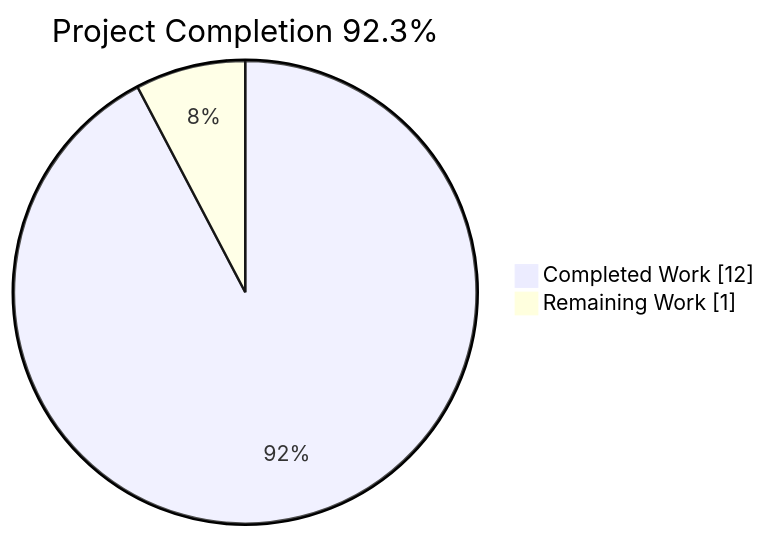
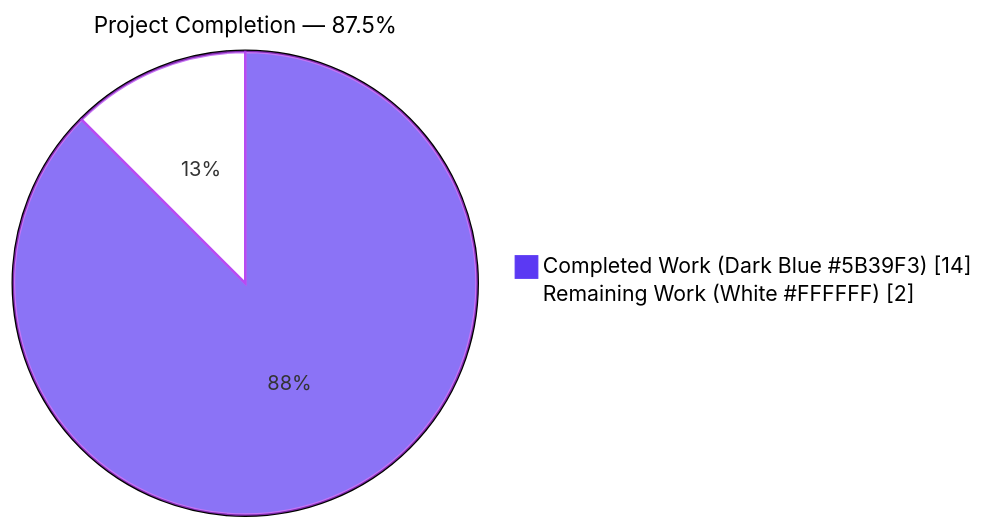
Before and after one commit to shaliniblitzy/20April_-: the first of 4 diagrams in blitzy/documentation/Project Guide.md, drawn with Mermaid. The commit also changed other lines of this file, not shown here.

Commit message:
Adding Blitzy Project Guide: Project Status and Human Tasks Remaining

````diff
--- a/blitzy/documentation/Project Guide.md
+++ b/blitzy/documentation/Project Guide.md
@@ -18,5 +19,7 @@
 ```mermaid
-pie showData title Project Completion 92.3%
-    "Completed Work" : 12
-    "Remaining Work" : 1
+%%{init: {"pie": {"textPosition": 0.5}, "themeVariables": {"pieOuterStrokeWidth": "2px", "pie1": "#5B39F3", "pie2": "#FFFFFF", "pieStrokeColor": "#B23AF2", "pieTitleTextSize": "18px", "pieSectionTextSize": "16px"}}}%%
+pie showData
+    title Project Completion — 87.5%
+    "Completed Work (Dark Blue #5B39F3)" : 14
+    "Remaining Work (White #FFFFFF)" : 2
 ```
````
